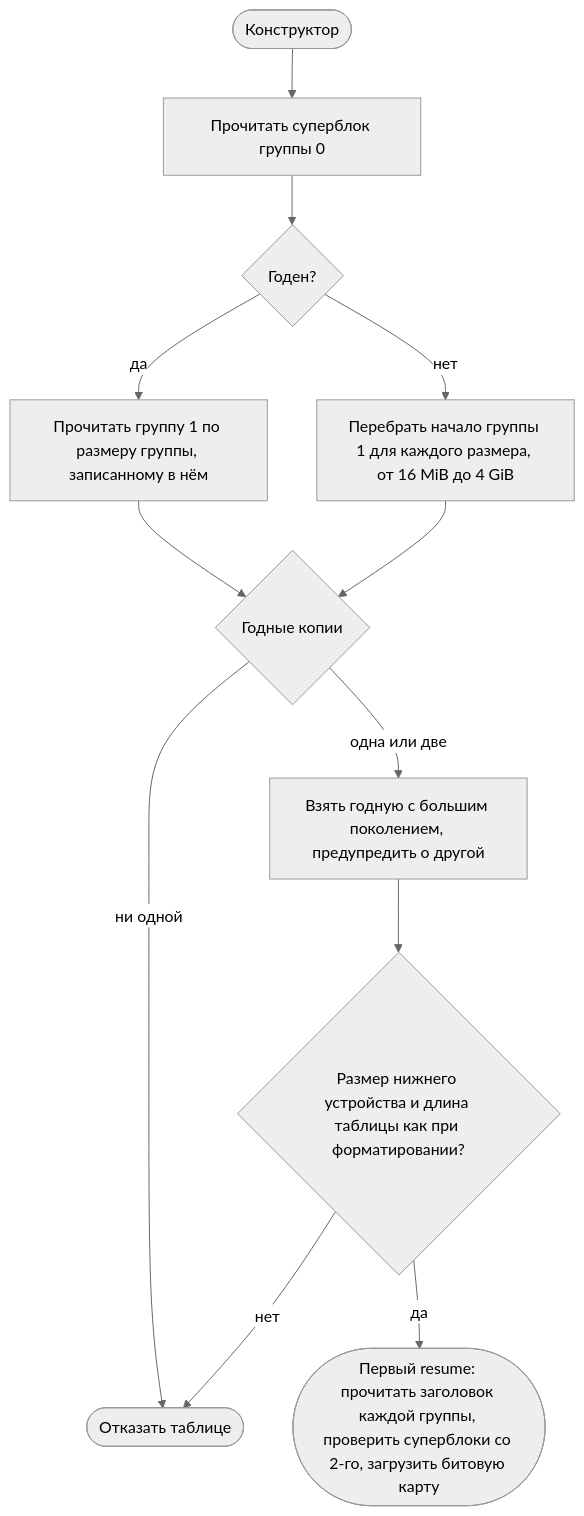
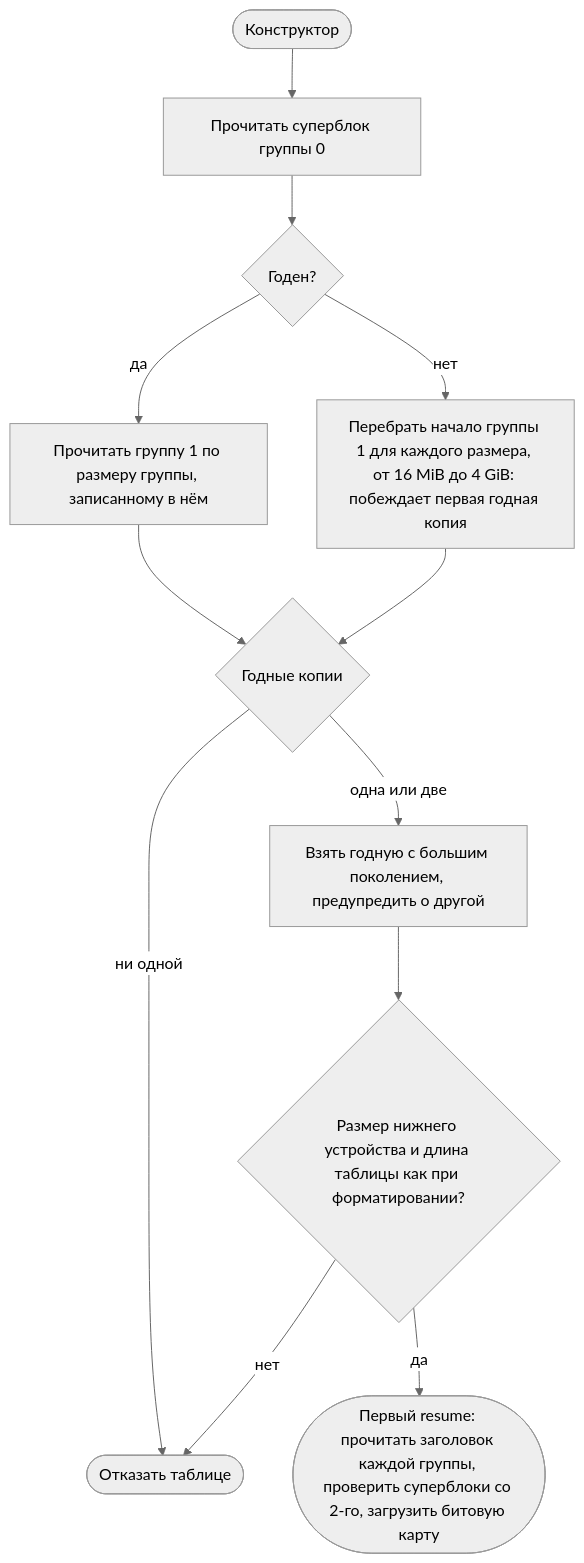
The third of 22 diagrams in docs/ru/DIAGRAMS.md (Dx-by-Dy/Automatic-Error-Correction-Driver), drawn with Mermaid (neutral theme) before and after one commit. The commit also changed other lines of this file and 15 other files, not shown here.

````diff
--- a/docs/ru/DIAGRAMS.md
+++ b/docs/ru/DIAGRAMS.md
@@ -71,14 +73,14 @@
 ```mermaid
 flowchart TD
     start(["Конструктор"]) --> read0["Прочитать суперблок группы 0"]
     read0 --> valid0{"Годен?"}
     valid0 -- да --> read1["Прочитать группу 1 по размеру группы, записанному в нём"]
-    valid0 -- нет --> probe["Перебрать начало группы 1 для каждого размера, от 16 MiB до 4 GiB"]
+    valid0 -- нет --> probe["Перебрать начало группы 1 для каждого размера, от 16 MiB до 4 GiB: побеждает первая годная копия"]
     read1 --> pick{"Годные копии"}
     probe --> pick
     pick -- "ни одной" --> refuse(["Отказать таблице"])
     pick -- "одна или две" --> take["Взять годную с большим поколением, предупредить о другой"]
     take --> checks{"Размер нижнего устройства и длина таблицы как при форматировании?"}
     checks -- нет --> refuse
     checks -- да --> resume(["Первый resume: прочитать заголовок каждой группы, проверить суперблоки со 2-го, загрузить битовую карту"])
 ```
````
